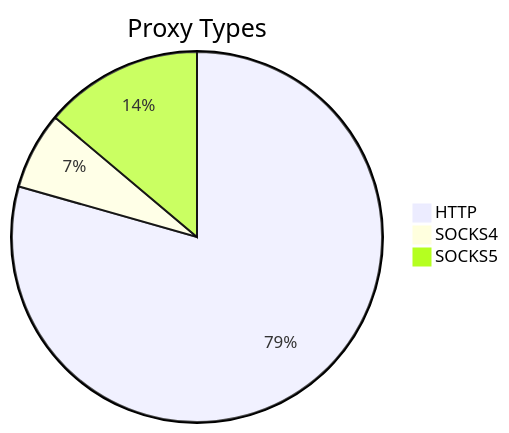
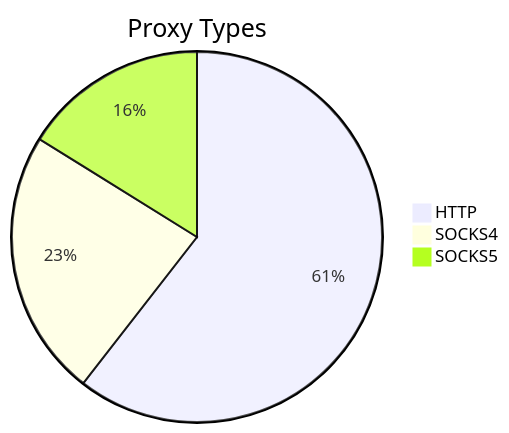
The first of 2 diagrams in README.md (stormsia/proxy-list), drawn with Mermaid before and after one commit. The commit also changed other lines of this file, not shown here.

````diff
--- a/README.md
+++ b/README.md
@@ -21,6 +21,6 @@
 ```mermaid
 pie title Proxy Types
-    "HTTP" : 212
-    "SOCKS4" : 18
-    "SOCKS5" : 37
+    "HTTP" : 371
+    "SOCKS4" : 143
+    "SOCKS5" : 99
 ```
````
